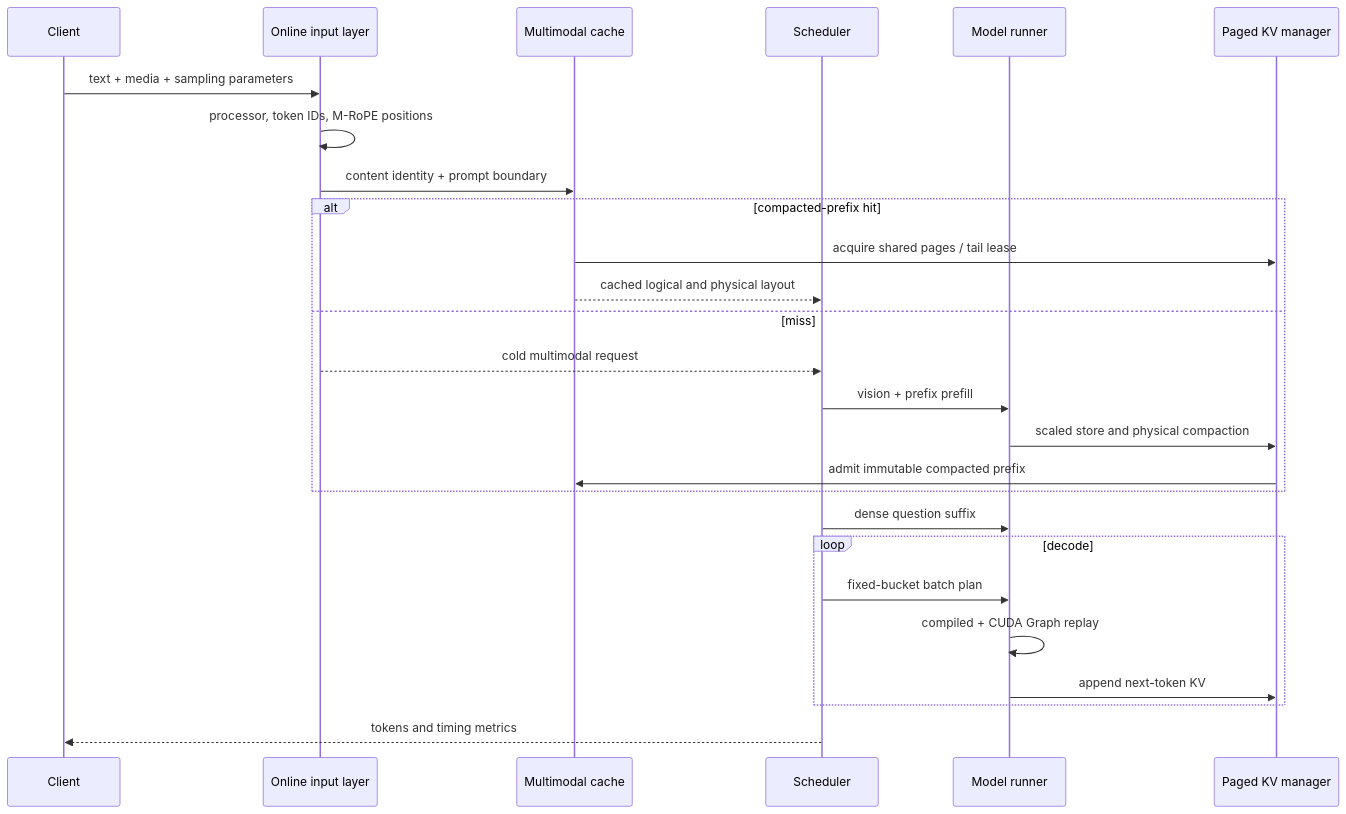
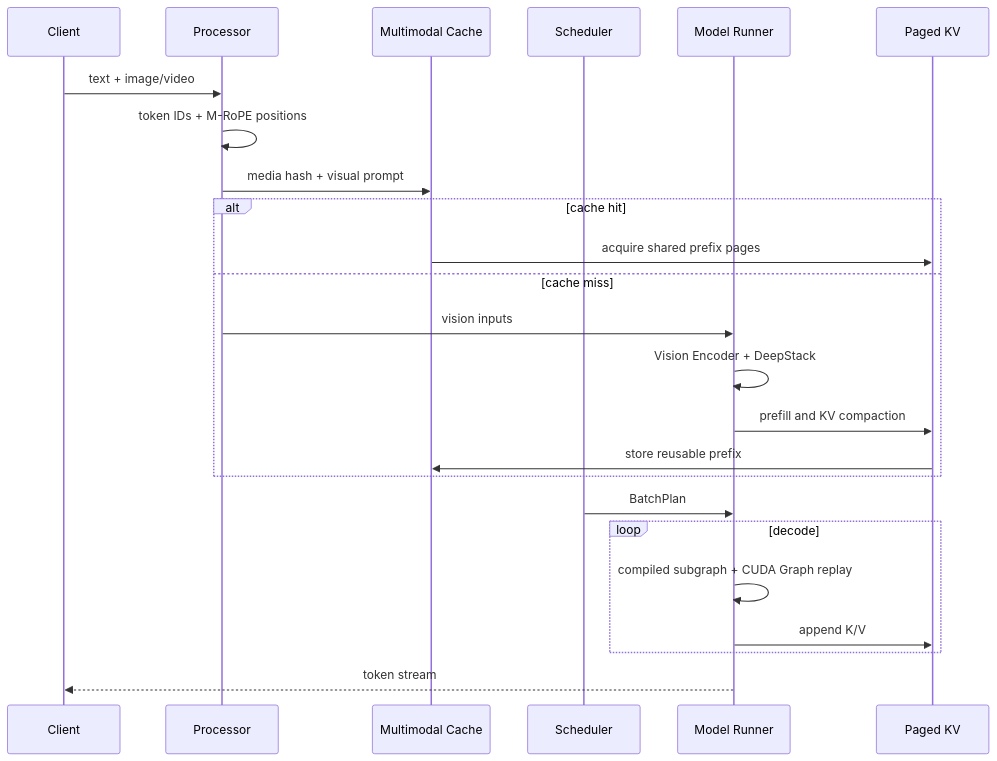
One commit to xsmccc/Prism-Infer changed the diagram in docs/ARCHITECTURE.md. Above: the diagram before and after it, drawn with Mermaid. The commit also changed other lines of this file and 5 other files, not shown here.

````diff
--- a/docs/ARCHITECTURE.md
+++ b/docs/ARCHITECTURE.md
@@ -19,29 +9,27 @@
 ```mermaid
 sequenceDiagram
     participant Client
-    participant Online as Online input layer
-    participant Cache as Multimodal cache
+    participant Processor
+    participant Cache as Multimodal Cache
     participant Scheduler
-    participant Runner as Model runner
-    participant KV as Paged KV manager
+    participant Runner as Model Runner
+    participant KV as Paged KV
 
-    Client->>Online: text + media + sampling parameters
-    Online->>Online: processor, token IDs, M-RoPE positions
-    Online->>Cache: content identity + prompt boundary
-    alt compacted-prefix hit
-        Cache->>KV: acquire shared pages / tail lease
-        Cache-->>Scheduler: cached logical and physical layout
-    else miss
-        Online-->>Scheduler: cold multimodal request
-        Scheduler->>Runner: vision + prefix prefill
-        Runner->>KV: scaled store and physical compaction
-        KV->>Cache: admit immutable compacted prefix
+    Client->>Processor: text + image/video
+    Processor->>Processor: token IDs + M-RoPE positions
+    Processor->>Cache: media hash + visual prompt
+    alt cache hit
+        Cache->>KV: acquire shared prefix pages
+    else cache miss
+        Processor->>Runner: vision inputs
+        Runner->>Runner: Vision Encoder + DeepStack
+        Runner->>KV: prefill and KV compaction
+        KV->>Cache: store reusable prefix
     end
-    Scheduler->>Runner: dense question suffix
+    Scheduler->>Runner: BatchPlan
     loop decode
-        Scheduler->>Runner: fixed-bucket batch plan
-        Runner->>Runner: compiled + CUDA Graph replay
-        Runner->>KV: append next-token KV
+        Runner->>Runner: compiled subgraph + CUDA Graph replay
+        Runner->>KV: append K/V
     end
-    Scheduler-->>Client: tokens and timing metrics
+    Runner-->>Client: token stream
 ```
````
